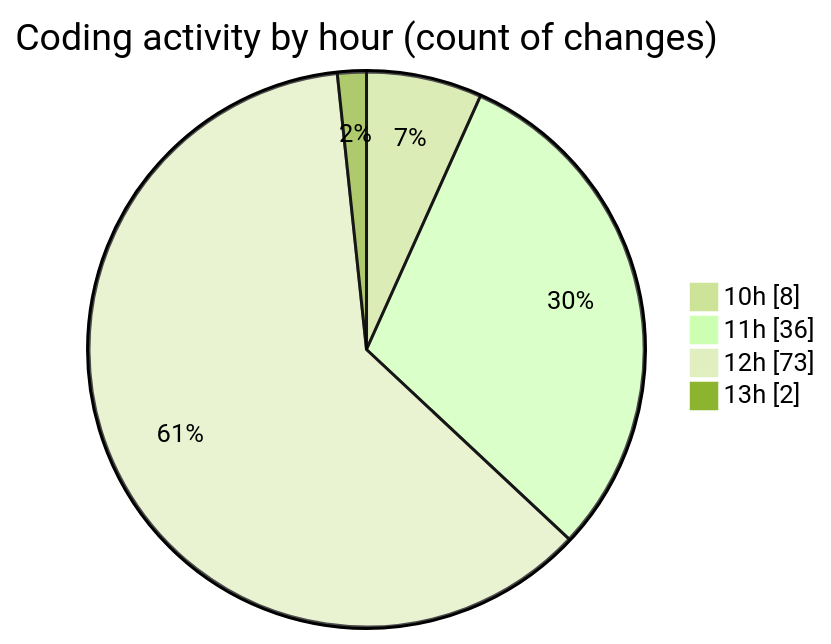
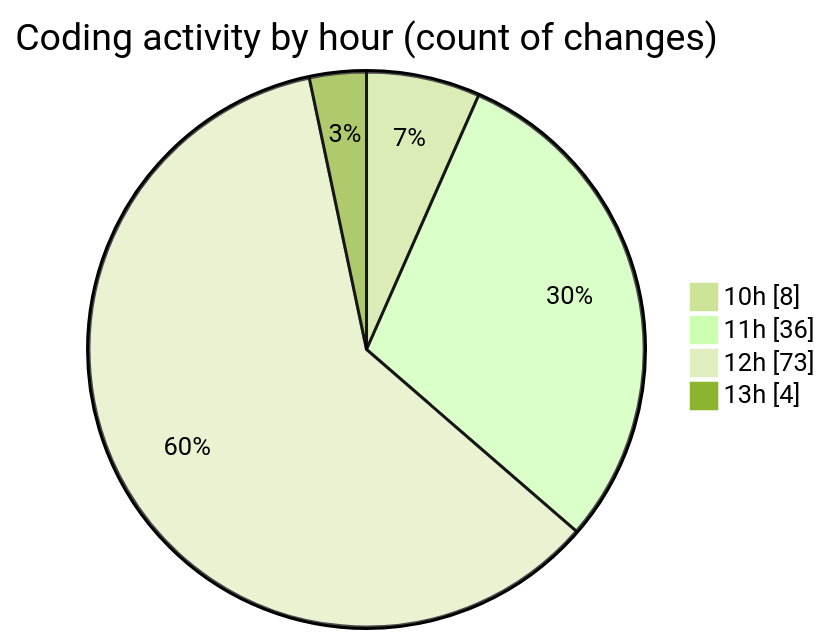
One commit to CELIANVF/code-tracking changed the second of 2 diagrams in 2025-05-16/python_app_deploy/README.md. Above: the diagram before and after it, drawn with Mermaid (forest theme). The commit also changed other lines of this file and 1 other file, not shown here.

````diff
--- a/2025-05-16/python_app_deploy/README.md
+++ b/2025-05-16/python_app_deploy/README.md
@@ -53,8 +53,8 @@
 ```mermaid
 pie showData
 title Coding activity by hour (count of changes)
 "10h" : 8
 "11h" : 36
 "12h" : 73
-"13h" : 2
+"13h" : 4
 ```
````
